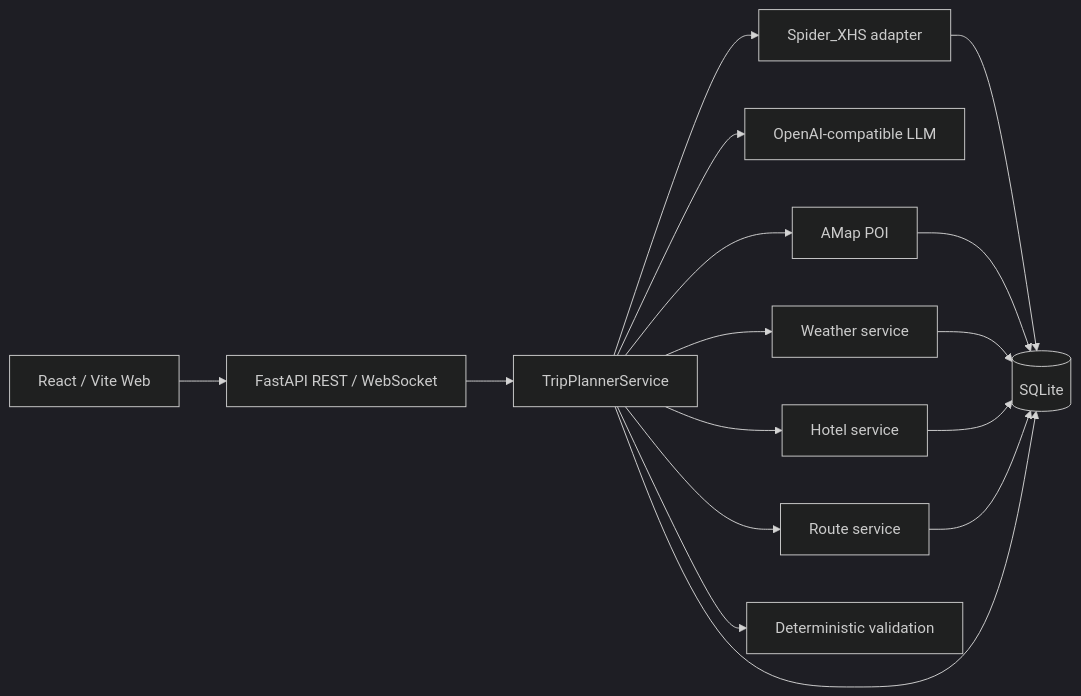
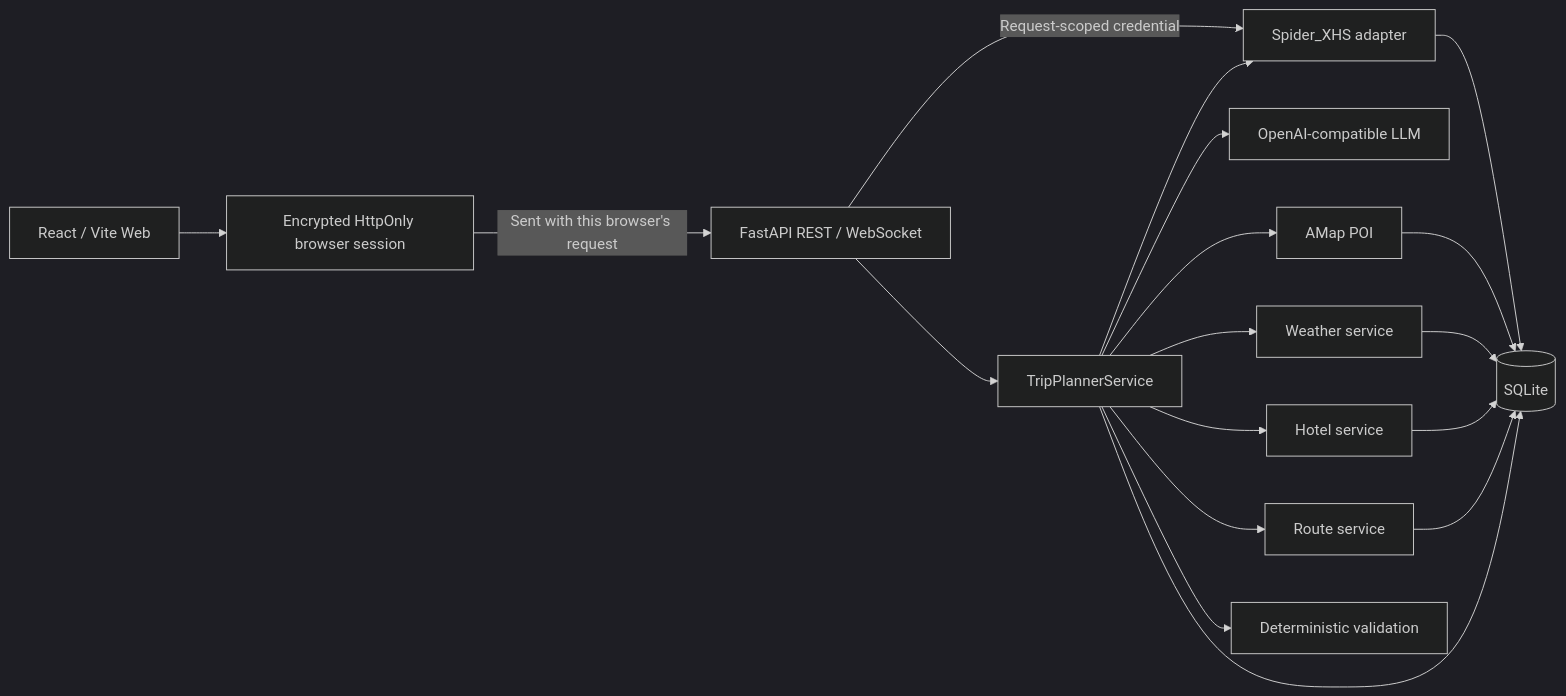
The second of 2 diagrams in README_en.md (dolt-y/TravelMind-AI), drawn with Mermaid (dark theme) before and after one commit. The commit also changed other lines of this file and 69 other files, not shown here.

````diff
--- a/README_en.md
+++ b/README_en.md
@@ -255,18 +262,20 @@
 ```mermaid
 flowchart LR
-    UI["React / Vite Web"] --> API["FastAPI REST / WebSocket"]
+    UI["React / Vite Web"] --> SESSION["Encrypted HttpOnly browser session"]
+    SESSION -->|"Sent with this browser's request"| API["FastAPI REST / WebSocket"]
     API --> ORCH["TripPlannerService"]
-    ORCH --> XHS["Spider_XHS adapter"]
+    API -->|"Request-scoped credential"| XHS["Spider_XHS adapter"]
+    ORCH --> XHS
     ORCH --> LLM["OpenAI-compatible LLM"]
     ORCH --> POI["AMap POI"]
     ORCH --> WEATHER["Weather service"]
     ORCH --> HOTEL["Hotel service"]
     ORCH --> ROUTE["Route service"]
     ORCH --> VALIDATE["Deterministic validation"]
     XHS --> DB[("SQLite")]
     POI --> DB
     WEATHER --> DB
     HOTEL --> DB
     ROUTE --> DB
     ORCH --> DB
 ```
````
